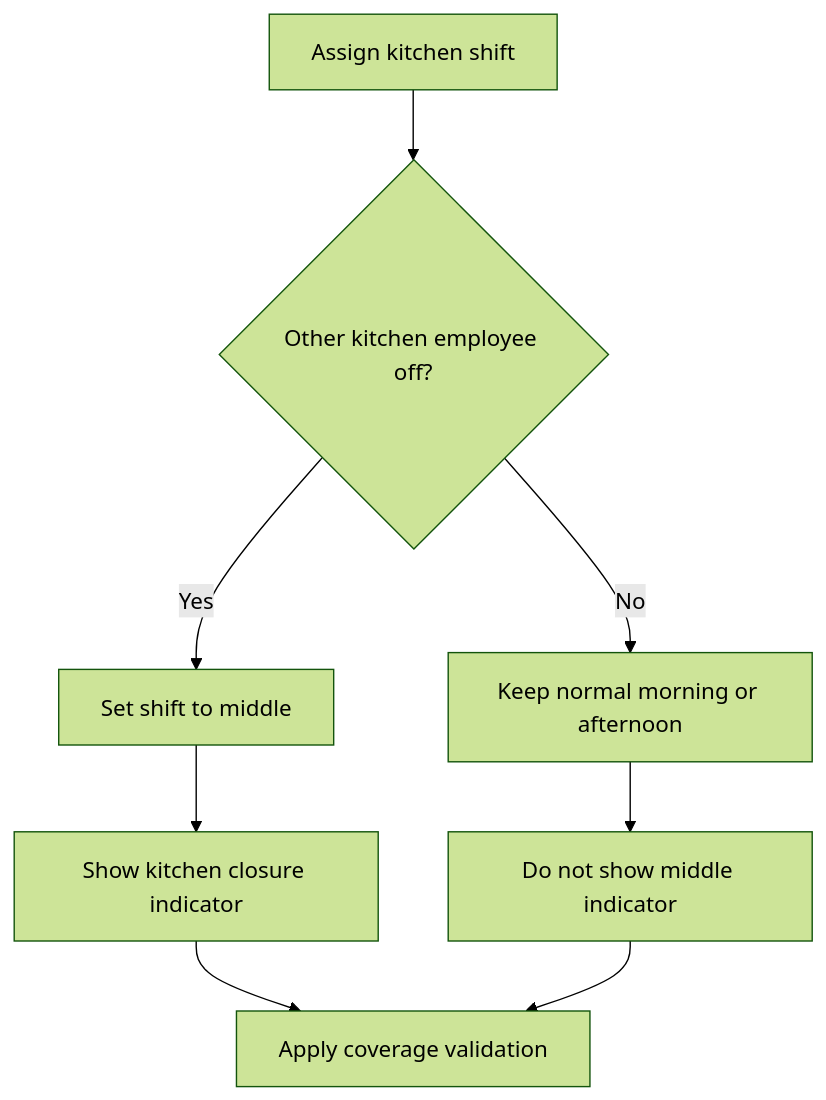
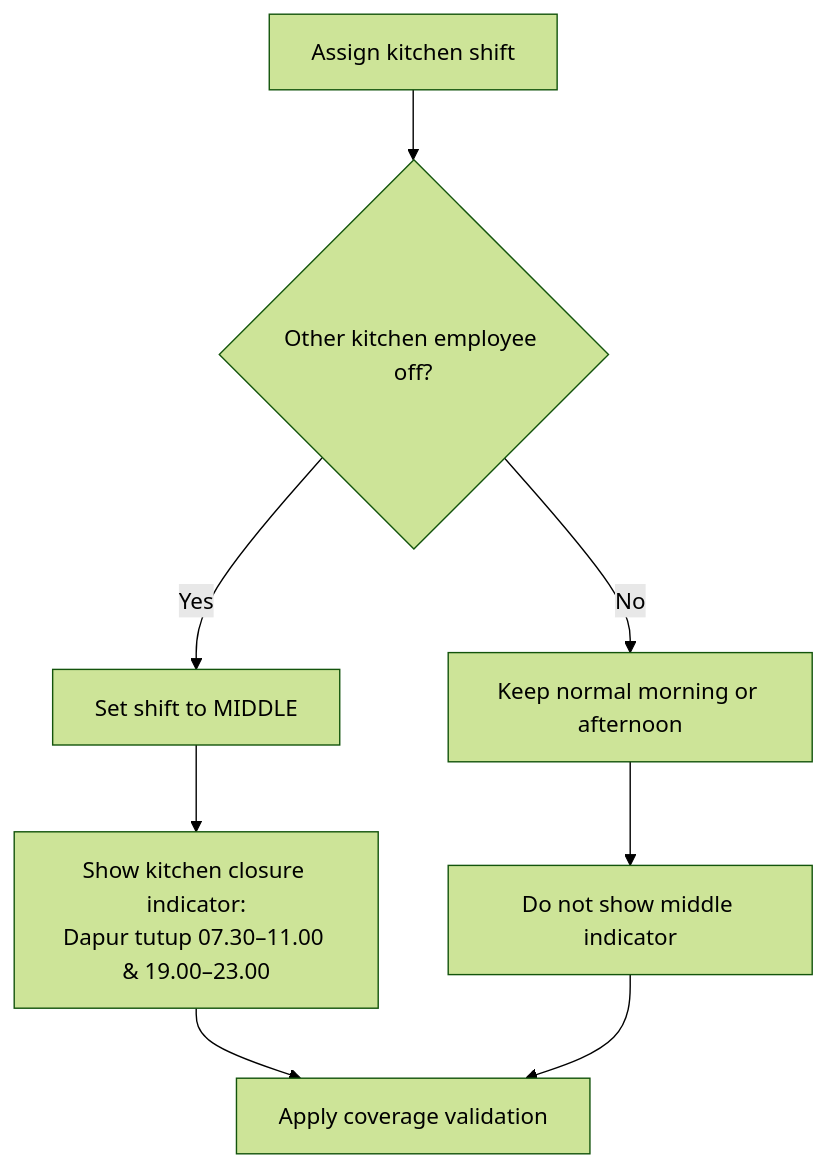
The fourth of 6 diagrams in .qoder/repowiki/en/content/Product Requirements Document/Functional Specifications/Staff Interface Module (F7).md (epo33m/scheduling), drawn with Mermaid (forest theme) before and after one commit. The commit also changed other lines of this file and 77 other files, not shown here.

````diff
--- a/.qoder/repowiki/en/content/Product Requirements Document/Functional Specifications/Staff Interface Module (F7).md
+++ b/.qoder/repowiki/en/content/Product Requirements Document/Functional Specifications/Staff Interface Module (F7).md
@@ -177,10 +212,10 @@
 ```mermaid
 flowchart TD
 Assign["Assign kitchen shift"] --> OtherOff{"Other kitchen employee off?"}
-OtherOff --> |Yes| Middle["Set shift to middle"]
+OtherOff --> |Yes| Middle["Set shift to MIDDLE"]
 OtherOff --> |No| Normal["Keep normal morning or afternoon"]
-Middle --> Indicator["Show kitchen closure indicator"]
+Middle --> Indicator["Show kitchen closure indicator:<br/>Dapur tutup 07.30–11.00 & 19.00–23.00"]
 Normal --> NoIndicator["Do not show middle indicator"]
 Indicator --> Coverage["Apply coverage validation"]
 NoIndicator --> Coverage
 ```
````
